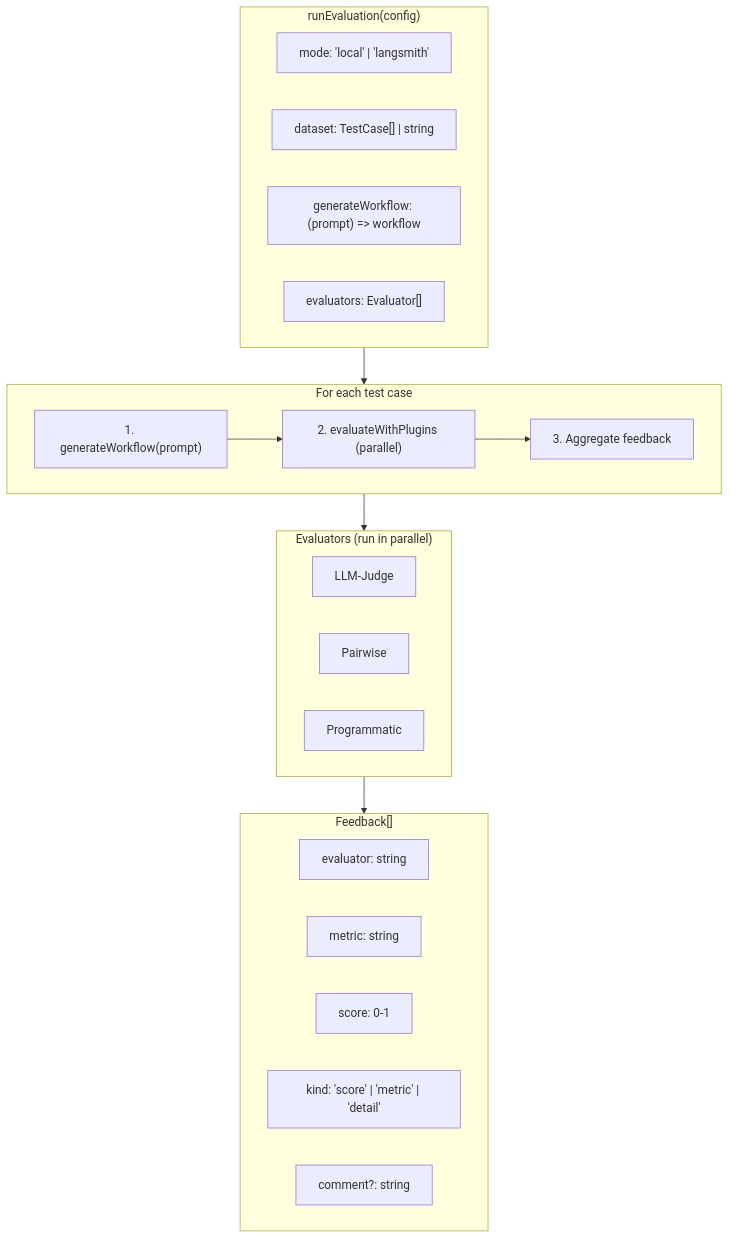
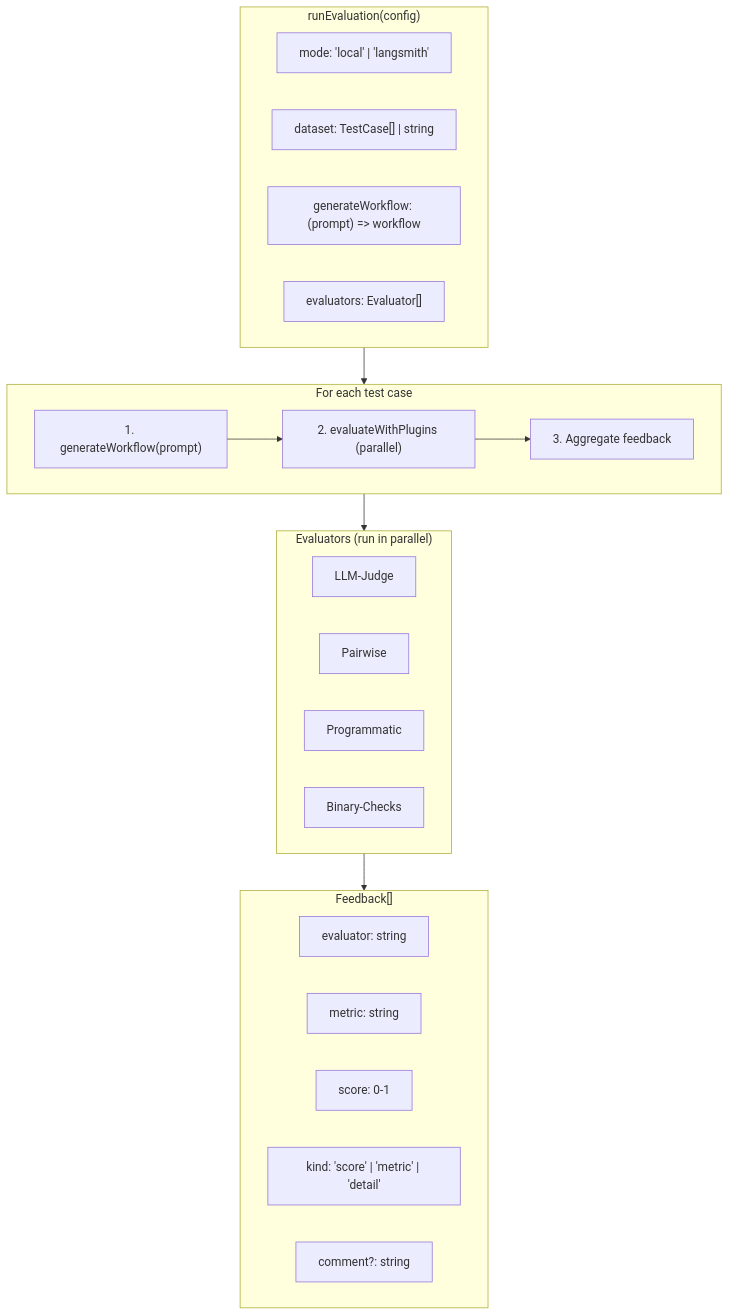
Before and after one commit to ThorStarlord/n8n: the diagram in packages/@n8n/ai-workflow-builder.ee/evaluations/README.md, drawn with Mermaid. The commit also changed other lines of this file and 36 other files, not shown here.

Commit message:
feat(ai-builder): Add binary-checks evaluation suite (no-changelog) (#26415)

````diff
--- a/packages/@n8n/ai-workflow-builder.ee/evaluations/README.md
+++ b/packages/@n8n/ai-workflow-builder.ee/evaluations/README.md
@@ -48,38 +48,39 @@
 ```mermaid
 flowchart TB
     subgraph Config["runEvaluation(config)"]
         direction LR
         C1["mode: 'local' | 'langsmith'"]
         C2["dataset: TestCase[] | string"]
         C3["generateWorkflow: (prompt) => workflow"]
         C4["evaluators: Evaluator[]"]
     end
 
     Config --> Loop
 
     subgraph Loop["For each test case"]
         G["1. generateWorkflow(prompt)"]
         E["2. evaluateWithPlugins (parallel)"]
         A["3. Aggregate feedback"]
         G --> E --> A
     end
 
     Loop --> Evaluators
 
     subgraph Evaluators["Evaluators (run in parallel)"]
         direction LR
         LLM["LLM-Judge"]
         Pair["Pairwise"]
         Prog["Programmatic"]
+        Bin["Binary-Checks"]
     end
 
     Evaluators --> Feedback
 
     subgraph Feedback["Feedback[]"]
         F1["evaluator: string"]
         F2["metric: string"]
         F3["score: 0-1"]
         F4["kind: 'score' | 'metric' | 'detail'"]
         F5["comment?: string"]
     end
 ```
````
